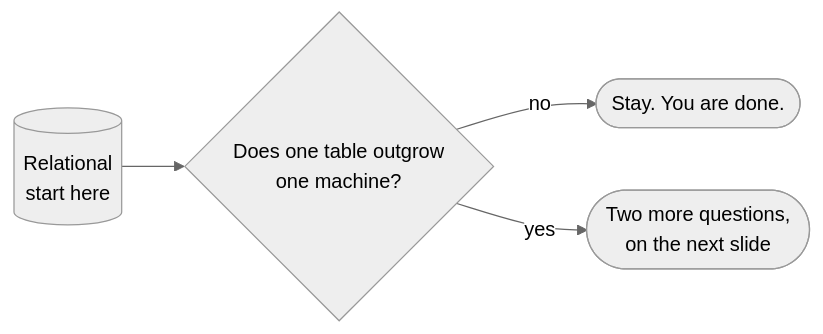
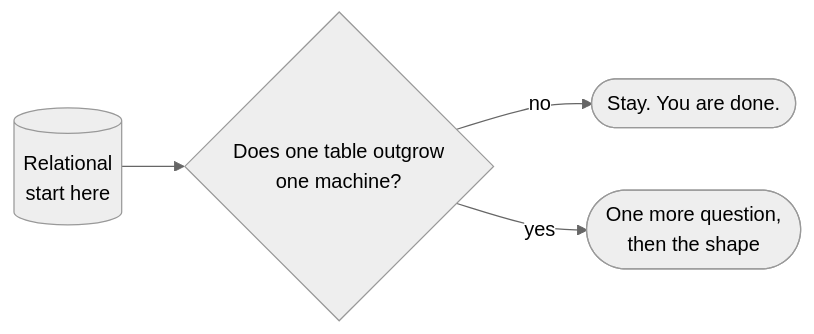
Before and after one commit to Laticent/lattice: the sixth of 32 diagrams in examples/system-design-foundations.md, drawn with Mermaid (neutral theme). The commit also changed other lines of this file and 2 other files, not shown here.

First line of the commit message:
deck(examples): cut two duplicate title slides and fix a tree that miscounted itself

````diff
--- a/examples/system-design-foundations.md
+++ b/examples/system-design-foundations.md
@@ -1044,6 +1024,6 @@
 ```mermaid
 flowchart LR
   REL[("Relational<br/>start here")] --> Q1{"Does one table outgrow<br/>one machine?"}
   Q1 -->|"no"| STAY(["Stay. You are done."])
-  Q1 -->|"yes"| NEXT(["Two more questions,<br/>on the next slide"])
+  Q1 -->|"yes"| NEXT(["One more question,<br/>then the shape"])
 ```
````
